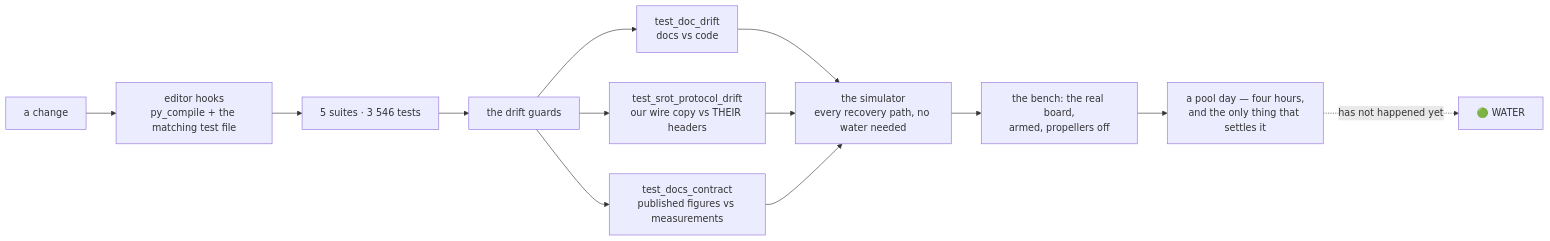
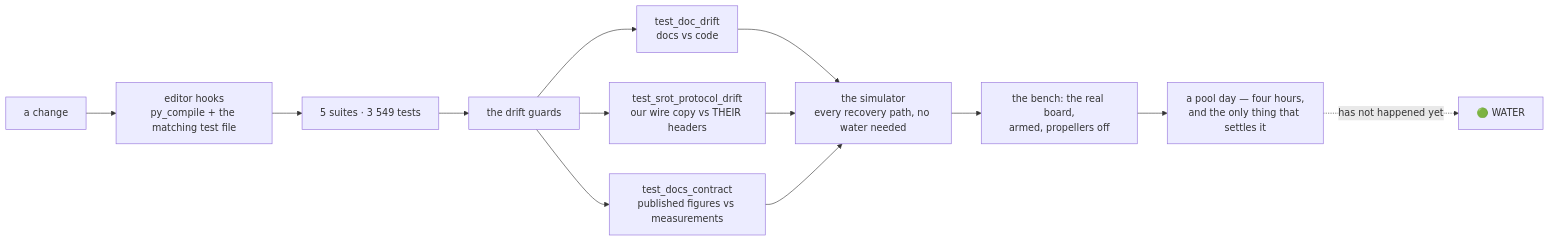
One commit to fh1m/duburi_ws changed the ninth of 10 diagrams in README.md. Above: the diagram before and after it, drawn with Mermaid. The commit also changed other lines of this file and 4 other files, not shown here.

````diff
--- a/README.md
+++ b/README.md
@@ -752,15 +752,15 @@
 ```mermaid
 flowchart LR
     DEV["a change"] --> HOOK["editor hooks<br/>py_compile + the matching test file"]
-    HOOK --> UNIT["5 suites · 3 546 tests"]
+    HOOK --> UNIT["5 suites · 3 549 tests"]
     UNIT --> GUARD["the drift guards"]
     GUARD --> G1["test_doc_drift<br/>docs vs code"]
     GUARD --> G2["test_srot_protocol_drift<br/>our wire copy vs THEIR headers"]
     GUARD --> G3["test_docs_contract<br/>published figures vs measurements"]
     G1 --> SIM["the simulator<br/>every recovery path, no water needed"]
     G2 --> SIM
     G3 --> SIM
     SIM --> BENCH["the bench: the real board,<br/>armed, propellers off"]
     BENCH --> POOL["a pool day — four hours,<br/>and the only thing that settles it"]
     POOL -.->|"has not happened yet"| WATER["🟢 WATER"]
 ```
````
